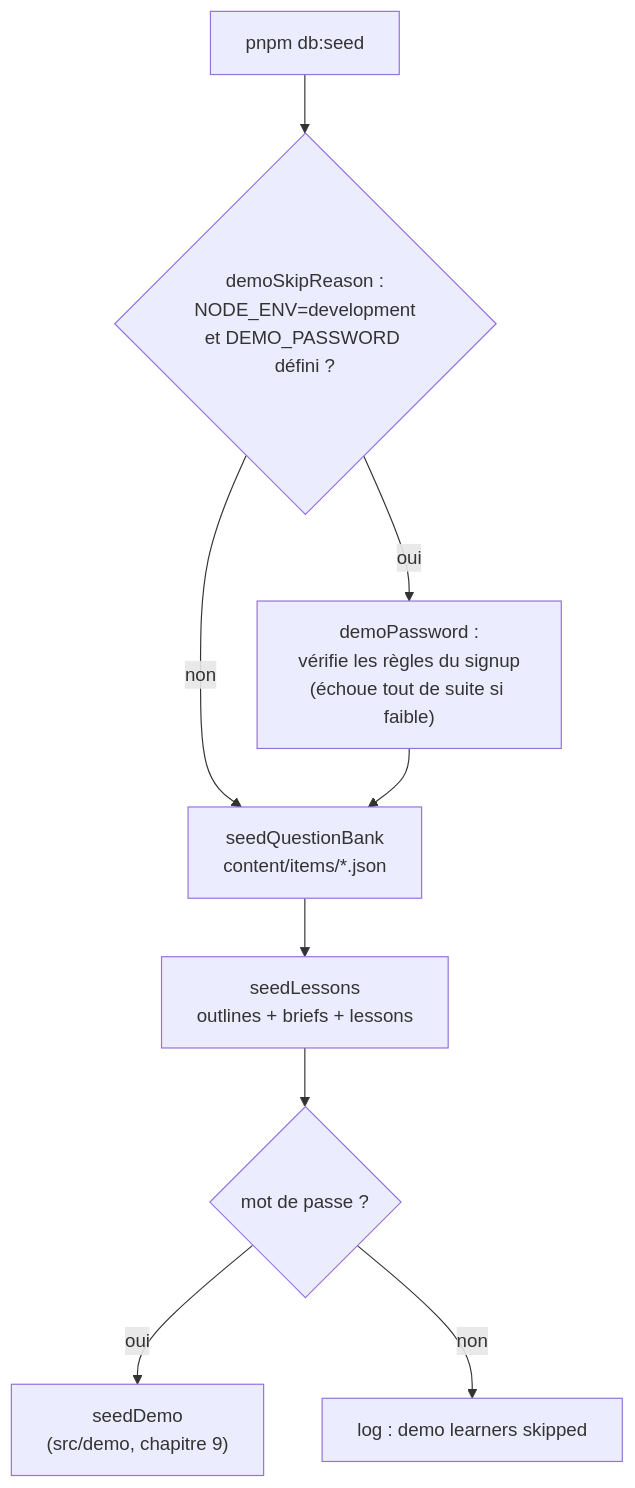
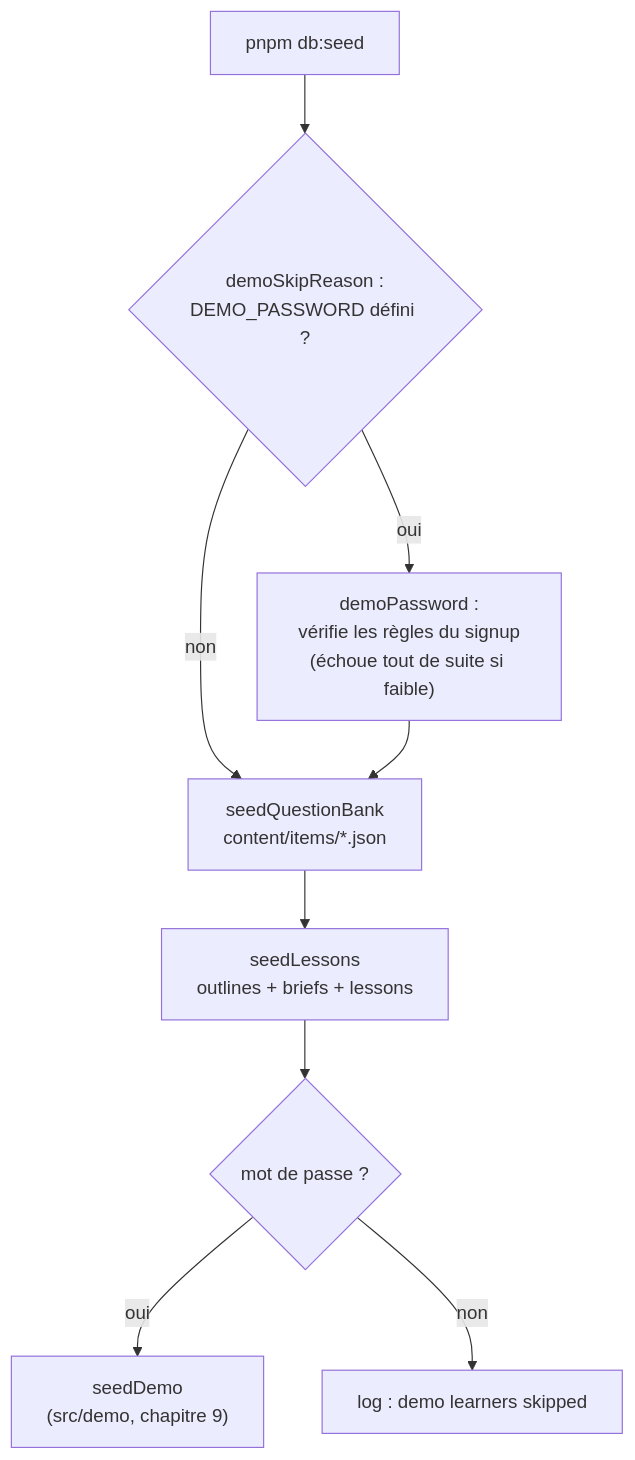
The sixth of 6 diagrams in docs-fr/api/04-database.md (VictorBro/ft_transcendence), drawn with Mermaid before and after one commit. The commit also changed other lines of this file and 223 other files, not shown here.

First line of the commit message:
feat: friend request count, password toggle, tutor key check, demo learners, deploy fixes (#237)

````diff
--- a/docs-fr/api/04-database.md
+++ b/docs-fr/api/04-database.md
@@ -982,11 +990,11 @@
 ```mermaid
 flowchart TD
-    S["pnpm db:seed"] --> P{"demoSkipReason :<br/>NODE_ENV=development<br/>et DEMO_PASSWORD défini ?"}
+    S["pnpm db:seed"] --> P{"demoSkipReason :<br/>DEMO_PASSWORD défini ?"}
     P -- "oui" --> PW["demoPassword :<br/>vérifie les règles du signup<br/>(échoue tout de suite si faible)"]
     P -- "non" --> Q
     PW --> Q["seedQuestionBank<br/>content/items/*.json"]
     Q --> L["seedLessons<br/>outlines + briefs + lessons"]
     L --> D{"mot de passe ?"}
     D -- "oui" --> DM["seedDemo<br/>(src/demo, chapitre 9)"]
     D -- "non" --> E["log : demo learners skipped"]
 ```
````
